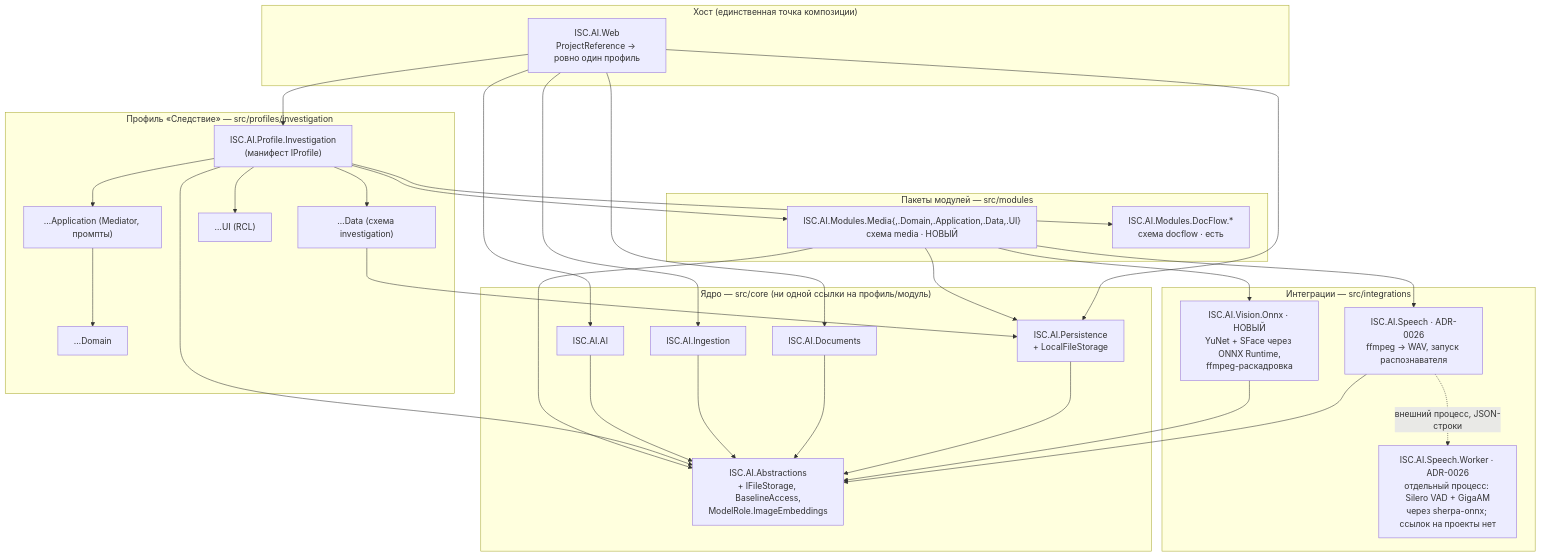
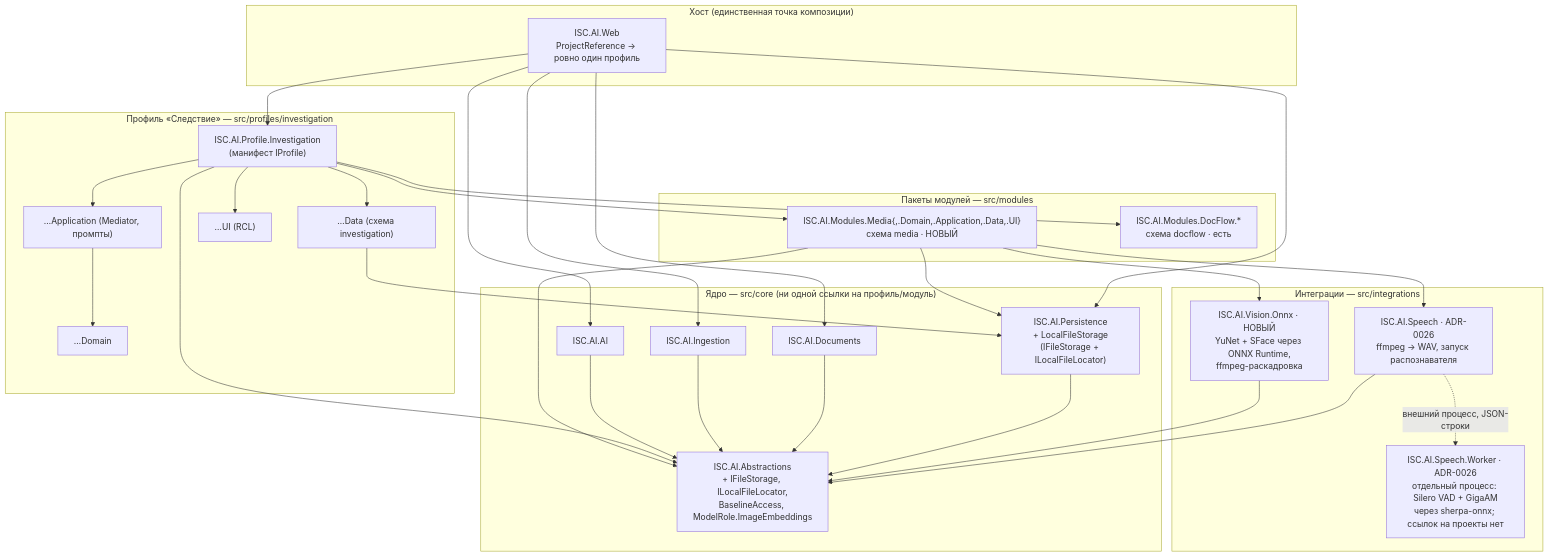
The first of 3 diagrams in docs/следствие/Архитектура_Следствие.md (damirovich/isa.ai), drawn with Mermaid before and after one commit. The commit also changed other lines of this file and 62 other files, not shown here.

````diff
--- a/docs/следствие/Архитектура_Следствие.md
+++ b/docs/следствие/Архитектура_Следствие.md
@@ -44,44 +44,44 @@
 ```mermaid
 flowchart TB
     subgraph host["Хост (единственная точка композиции)"]
         WEB["ISC.AI.Web<br/>ProjectReference → ровно один профиль"]
     end
     subgraph profile["Профиль «Следствие» — src/profiles/investigation"]
         PI["ISC.AI.Profile.Investigation<br/>(манифест IProfile)"]
         PIA["…Application (Mediator, промпты)"]
         PID["…Domain"]
         PIDATA["…Data (схема investigation)"]
         PIUI["…UI (RCL)"]
     end
     subgraph modules["Пакеты модулей — src/modules"]
         MED["ISC.AI.Modules.Media{,.Domain,.Application,.Data,.UI}<br/>схема media · НОВЫЙ"]
         DOC["ISC.AI.Modules.DocFlow.*<br/>схема docflow · есть"]
     end
     subgraph integ["Интеграции — src/integrations"]
         VIS["ISC.AI.Vision.Onnx · НОВЫЙ<br/>YuNet + SFace через ONNX Runtime,<br/>ffmpeg-раскадровка"]
         SPE["ISC.AI.Speech · ADR-0026<br/>ffmpeg → WAV, запуск распознавателя"]
         WRK["ISC.AI.Speech.Worker · ADR-0026<br/>отдельный процесс: Silero VAD + GigaAM<br/>через sherpa-onnx; ссылок на проекты нет"]
     end
     subgraph core["Ядро — src/core (ни одной ссылки на профиль/модуль)"]
-        ABS["ISC.AI.Abstractions<br/>+ IFileStorage, BaselineAccess,<br/>ModelRole.ImageEmbeddings"]
+        ABS["ISC.AI.Abstractions<br/>+ IFileStorage, ILocalFileLocator,<br/>BaselineAccess, ModelRole.ImageEmbeddings"]
         AI["ISC.AI.AI"]
         ING["ISC.AI.Ingestion"]
         DOCS["ISC.AI.Documents"]
-        PERS["ISC.AI.Persistence<br/>+ LocalFileStorage"]
+        PERS["ISC.AI.Persistence<br/>+ LocalFileStorage<br/>(IFileStorage + ILocalFileLocator)"]
     end
     WEB --> PI
     PI --> PIA & PIDATA & PIUI
     PIA --> PID
     PI --> MED & DOC
     PIDATA --> PERS
     MED --> VIS
     MED --> SPE
     SPE -.->|"внешний процесс, JSON-строки"| WRK
     MED --> PERS
     VIS --> ABS
     SPE --> ABS
     MED --> ABS
     PI --> ABS
     AI & ING & DOCS & PERS --> ABS
     WEB --> AI & ING & DOCS & PERS
 ```
````
